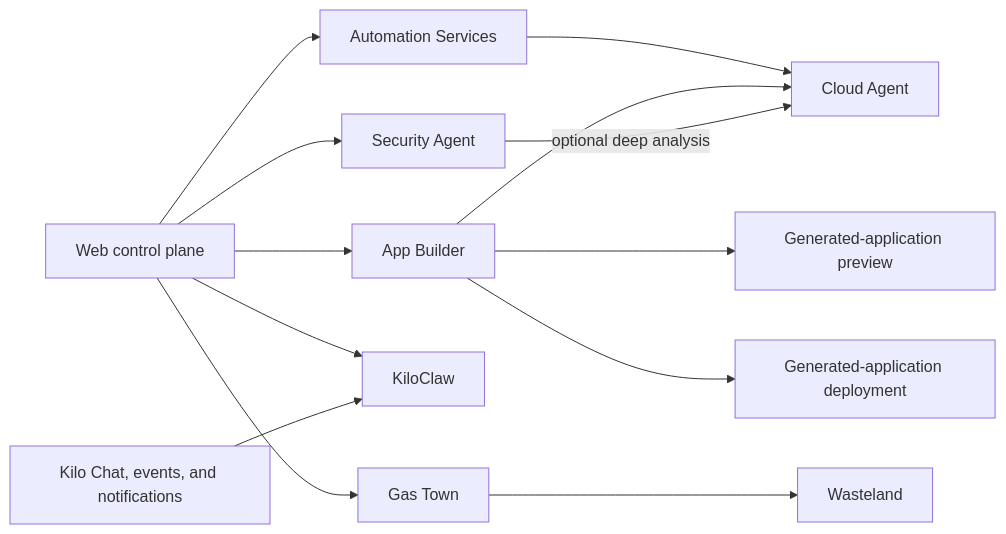
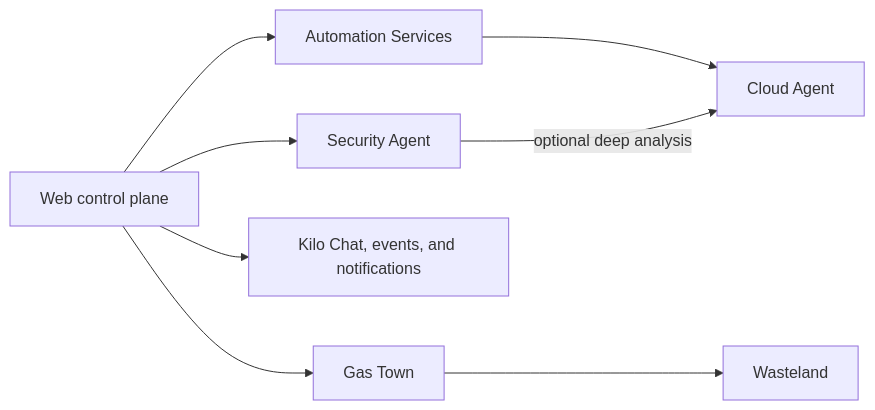
The second of 2 diagrams in packages/kilo-docs/pages/contributing/architecture/index.md (Kilo-Org/kilocode), drawn with Mermaid before and after one commit. The commit also changed other lines of this file and 14 other files, not shown here.

First line of the commit message:
docs: remove sunset KiloClaw and App Builder

````diff
--- a/packages/kilo-docs/pages/contributing/architecture/index.md
+++ b/packages/kilo-docs/pages/contributing/architecture/index.md
@@ -128,24 +128,16 @@
 ```mermaid
 flowchart LR
   web["Web control plane"]
   workers["Automation Services"]
   agent["Cloud Agent"]
-  builder["App Builder"]
-  preview["Generated-application preview"]
-  deploy["Generated-application deployment"]
   security["Security Agent"]
   chat["Kilo Chat, events, and notifications"]
-  claw["KiloClaw"]
   town["Gas Town"]
   wasteland["Wasteland"]
 
   web --> workers --> agent
-  web --> builder --> agent
-  builder --> preview
-  builder --> deploy
   web --> security
   security -->|"optional deep analysis"| agent
-  web --> claw
-  chat --> claw
+  web --> chat
   web --> town --> wasteland
 ```
````
